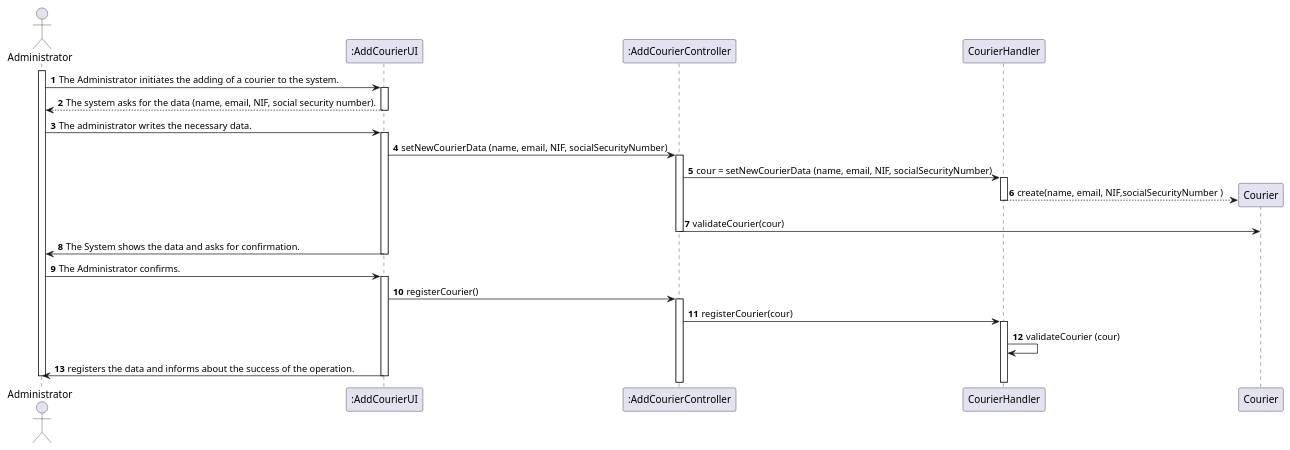
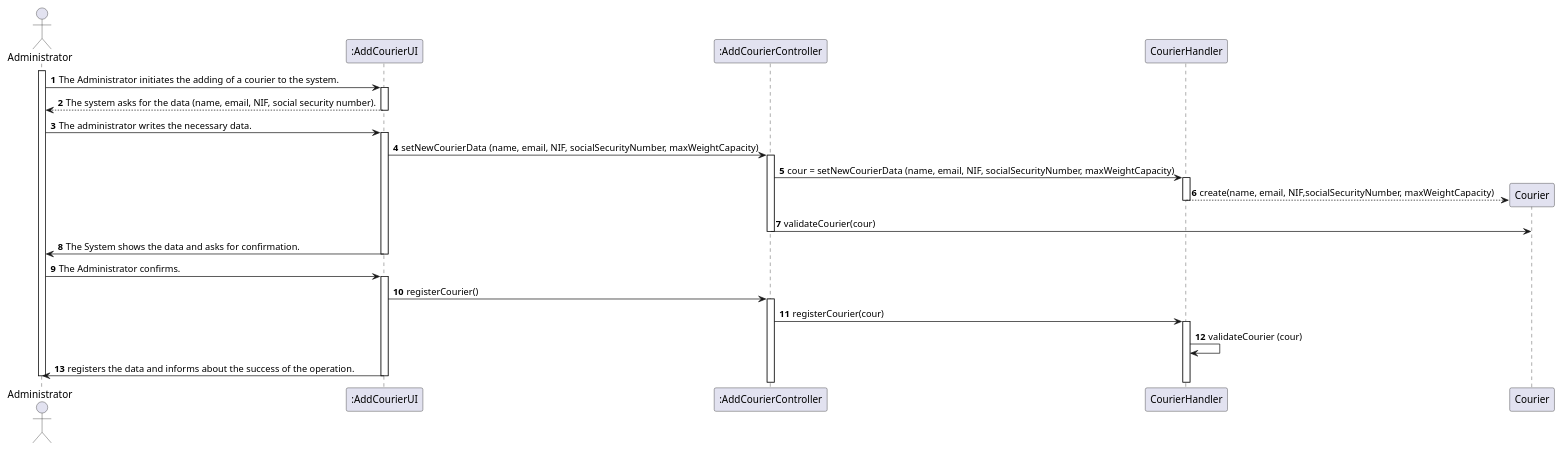
The diagram in Documents/UC4/UC4_SD.puml (1190452/LAPR3), drawn with PlantUML before and after one commit. The commit also changed 8 other files, not shown here.

```diff
--- a/Documents/UC4/UC4_SD.puml
+++ b/Documents/UC4/UC4_SD.puml
@@ -1,58 +1,58 @@
 @startuml
 autonumber
 'hide footbox
 actor "Administrator" as ADM
 
 participant ":AddCourierUI" as UI
 participant ":AddCourierController" as CTRL
 participant "CourierHandler" as PHARM
 participant "Courier" as COUR
 
 
 activate ADM
 ADM -> UI : The Administrator initiates the adding of a courier to the system.
 activate UI
 
 UI --> ADM : The system asks for the data (name, email, NIF, social security number).
 
 deactivate UI
 
 ADM -> UI : The administrator writes the necessary data.
 activate UI
 
-UI -> CTRL : setNewCourierData (name, email, NIF, socialSecurityNumber)
+UI -> CTRL : setNewCourierData (name, email, NIF, socialSecurityNumber, maxWeightCapacity)
 activate CTRL
 
-CTRL -> PHARM : cour = setNewCourierData (name, email, NIF, socialSecurityNumber)
+CTRL -> PHARM : cour = setNewCourierData (name, email, NIF, socialSecurityNumber, maxWeightCapacity)
 activate PHARM
 
-PHARM --> COUR ** : create(name, email, NIF,socialSecurityNumber )
+PHARM --> COUR ** : create(name, email, NIF,socialSecurityNumber, maxWeightCapacity)
 deactivate PHARM
 
 CTRL -> COUR: validateCourier(cour)
 deactivate CTRL
 
 UI -> ADM : The System shows the data and asks for confirmation.
 deactivate UI
 
 
 ADM -> UI : The Administrator confirms.
 activate UI
 
 UI -> CTRL: registerCourier()
 activate CTRL
 
 CTRL -> PHARM : registerCourier(cour)
 activate PHARM
 
 PHARM -> PHARM : validateCourier (cour)
 
 UI -> ADM : registers the data and informs about the success of the operation.
 
 
 deactivate UI
 deactivate ADM
 
 
 
 @enduml
```
